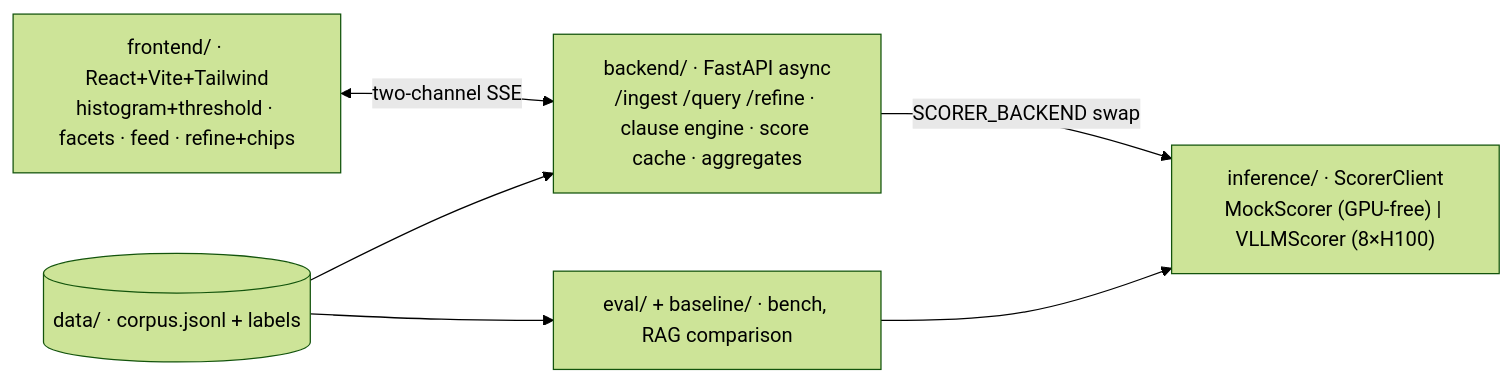
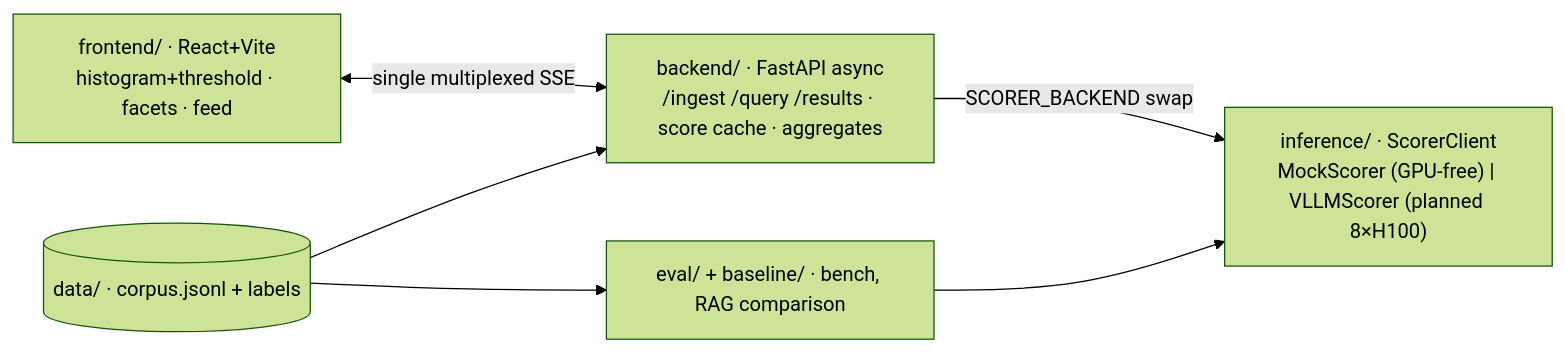
Before and after one commit to skrigel/inference-compute-hack: the diagram in README.md, drawn with Mermaid (forest theme). The commit also changed other lines of this file and 10 other files, not shown here.

````diff
--- a/README.md
+++ b/README.md
@@ -56,13 +56,13 @@
 ```mermaid
 flowchart LR
-  UI["frontend/ · React+Vite+Tailwind<br/>histogram+threshold · facets · feed · refine+chips"]
-  API["backend/ · FastAPI async<br/>/ingest /query /refine · clause engine · score cache · aggregates"]
-  SC["inference/ · ScorerClient<br/>MockScorer (GPU-free) | VLLMScorer (8×H100)"]
+  UI["frontend/ · React+Vite<br/>histogram+threshold · facets · feed"]
+  API["backend/ · FastAPI async<br/>/ingest /query /results · score cache · aggregates"]
+  SC["inference/ · ScorerClient<br/>MockScorer (GPU-free) | VLLMScorer (planned 8×H100)"]
   D[("data/ · corpus.jsonl + labels")]
   E["eval/ + baseline/ · bench, RAG comparison"]
-  UI <-->|two-channel SSE| API
+  UI <-->|single multiplexed SSE| API
   API -->|SCORER_BACKEND swap| SC
   D --> API
   D --> E
   E --> SC
 ```
````
